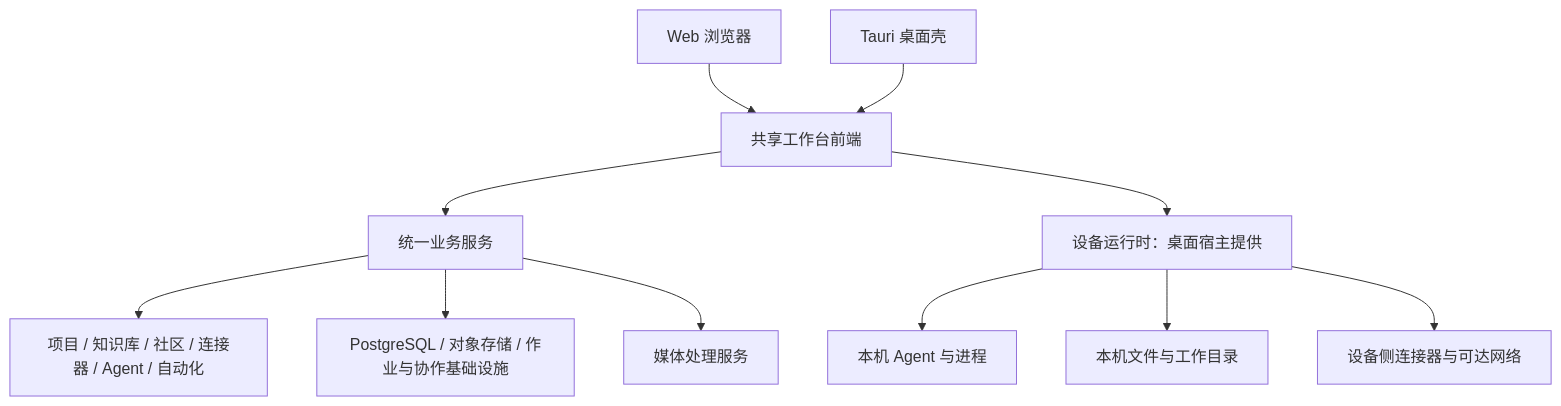
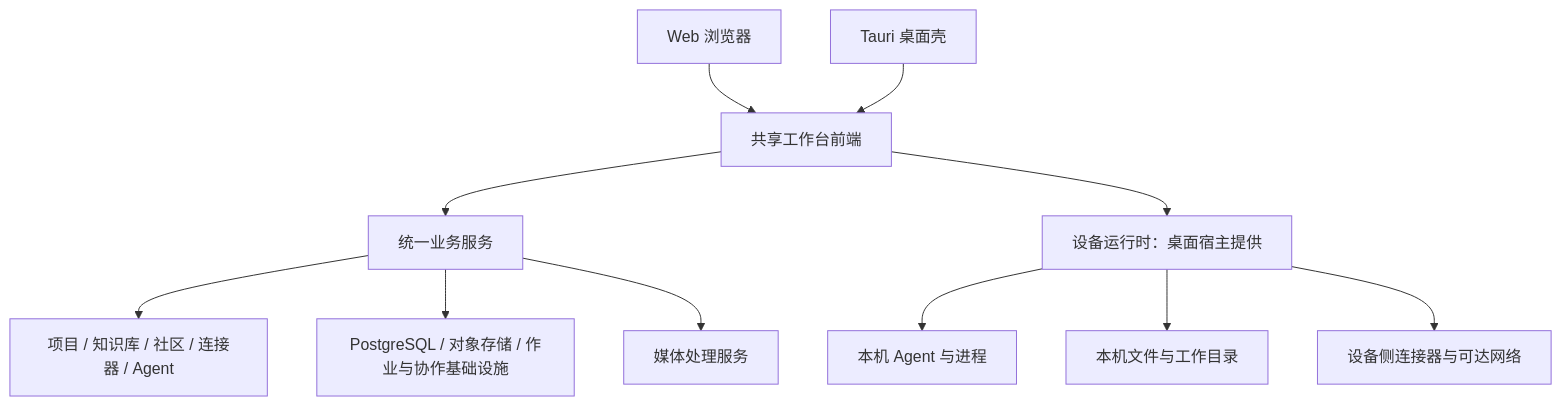
One commit to ccyang-aier/fouc changed the diagram in docs/product/V1/design/arch/fouc-project-structure-design.md. Above: the diagram before and after it, drawn with Mermaid. The commit also changed other lines of this file and 202 other files, not shown here.

````diff
--- a/docs/product/V1/design/arch/fouc-project-structure-design.md
+++ b/docs/product/V1/design/arch/fouc-project-structure-design.md
@@ -34,13 +34,13 @@
 ```mermaid
 flowchart TB
     Web[Web 浏览器] --> UI[共享工作台前端]
     Desktop[Tauri 桌面壳] --> UI
     UI --> Service[统一业务服务]
     UI --> Device[设备运行时：桌面宿主提供]
-    Service --> Modules[项目 / 知识库 / 社区 / 连接器 / Agent / 自动化]
+    Service --> Modules[项目 / 知识库 / 社区 / 连接器 / Agent]
     Service --> Infra[PostgreSQL / 对象存储 / 作业与协作基础设施]
     Device --> Agent[本机 Agent 与进程]
     Device --> Files[本机文件与工作目录]
     Device --> Network[设备侧连接器与可达网络]
     Service --> Media[媒体处理服务]
 ```
````
